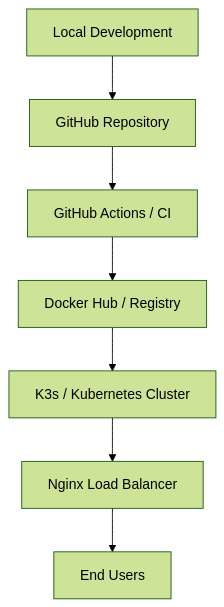
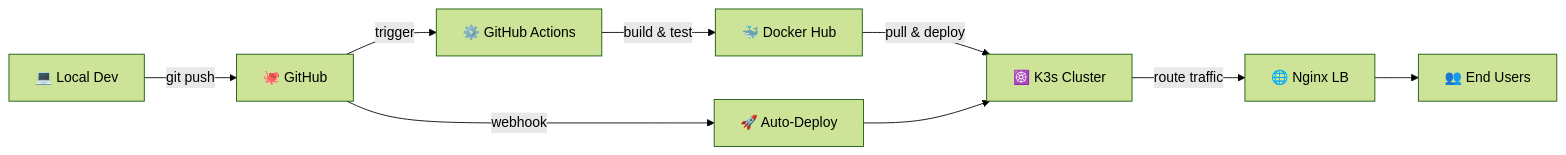
One commit to prawinkumar2k/server_hms changed the sixth of 6 diagrams in README.md. Above: the diagram before and after it, drawn with Mermaid (forest theme). The commit also changed other lines of this file, not shown here.

Commit message:
docs: rewrite README with elite production-grade documentation, architecture diagrams, and demo section

````diff
--- a/README.md
+++ b/README.md
@@ -263,9 +454,12 @@
 ```mermaid
-graph TD
-    Dev[Local Development] --> GitHub[GitHub Repository]
-    GitHub --> CI[GitHub Actions / CI]
-    CI --> Docker[Docker Hub / Registry]
-    Docker --> K8s[K3s / Kubernetes Cluster]
-    K8s --> LoadBalancer[Nginx Load Balancer]
-    LoadBalancer --> User[End Users]
+graph LR
+    Dev[💻 Local Dev] -->|git push| GitHub[🐙 GitHub]
+    GitHub -->|trigger| CI[⚙️ GitHub Actions]
+    CI -->|build & test| Docker[🐳 Docker Hub]
+    Docker -->|pull & deploy| K8s[☸️ K3s Cluster]
+    K8s -->|route traffic| LB[🌐 Nginx LB]
+    LB --> Users[👥 End Users]
+    
+    GitHub -->|webhook| Deploy[🚀 Auto-Deploy]
+    Deploy --> K8s
 ```
````
